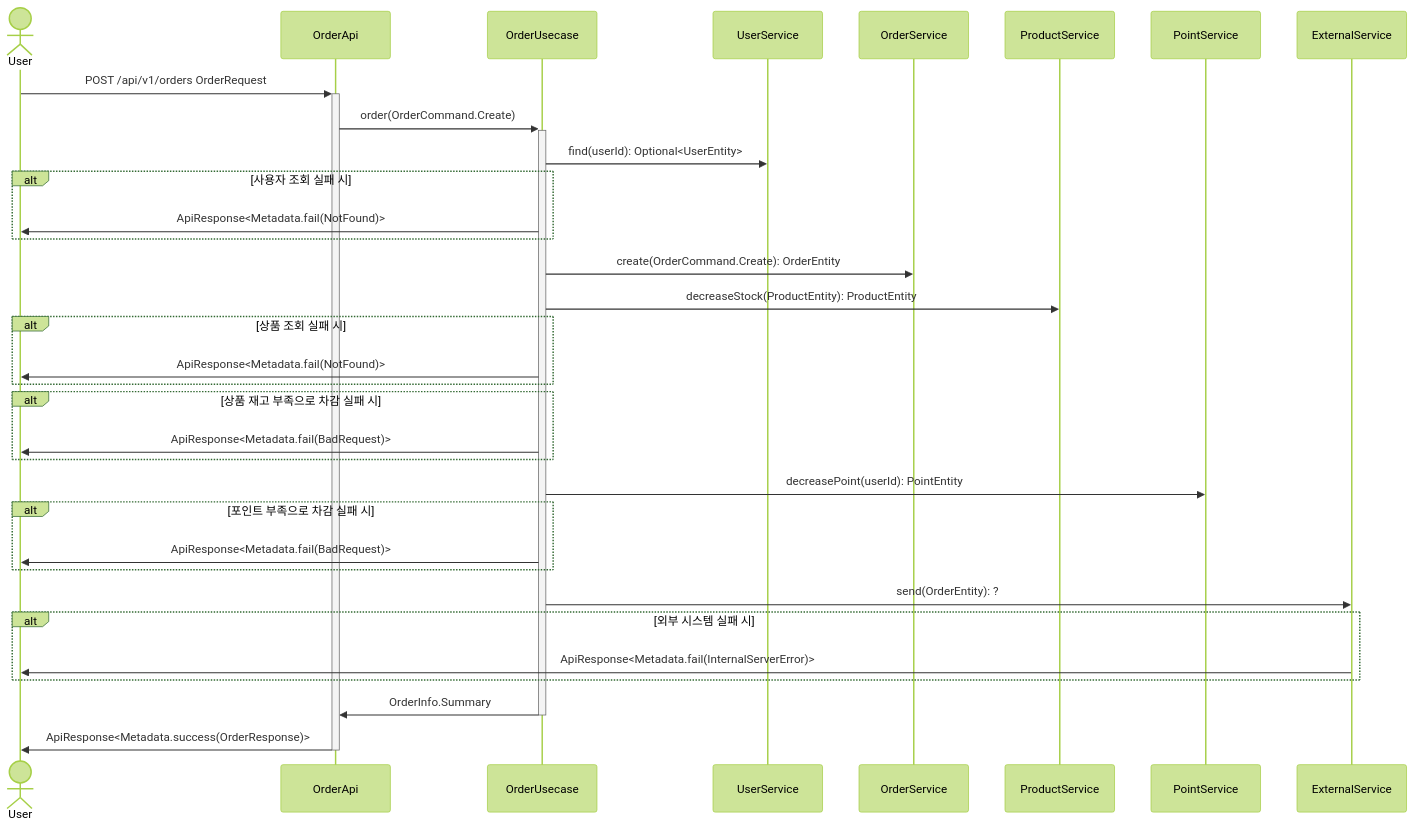
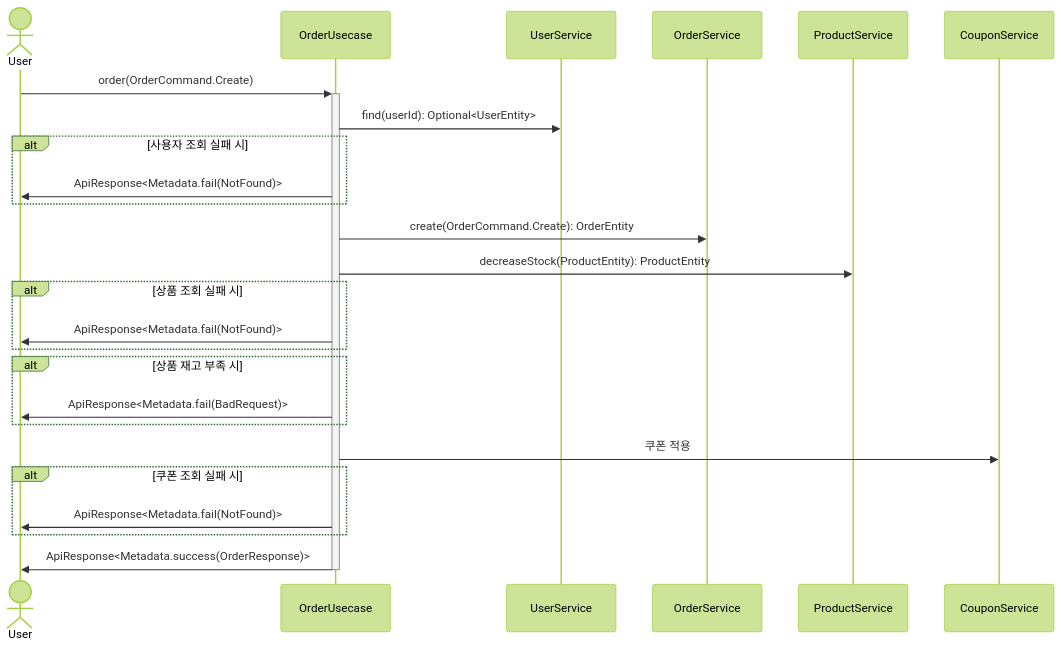
The seventh of 10 diagrams in docs/design/02-sequence-diagrams.md (Iol-lshh/loopers_be_practice_byjava), drawn with Mermaid (forest theme) before and after one commit. The commit also changed other lines of this file and 70 other files, not shown here.

````diff
--- a/docs/design/02-sequence-diagrams.md
+++ b/docs/design/02-sequence-diagrams.md
@@ -139,28 +126,22 @@
 ```mermaid
 sequenceDiagram
     actor User
-    User->>+OrderApi: POST /api/v1/orders OrderRequest
-    OrderApi->>+OrderUsecase: order(OrderCommand.Create)
+    User->>+OrderUsecase: order(OrderCommand.Create)
     OrderUsecase->>UserService: find(userId): Optional<UserEntity>
     alt 사용자 조회 실패 시
         OrderUsecase->>User: ApiResponse<Metadata.fail(NotFound)>
     end
     OrderUsecase->>OrderService: create(OrderCommand.Create): OrderEntity
     OrderUsecase->>ProductService: decreaseStock(ProductEntity): ProductEntity
     alt 상품 조회 실패 시
         OrderUsecase->>User: ApiResponse<Metadata.fail(NotFound)>
     end
-    alt 상품 재고 부족으로 차감 실패 시
+    alt 상품 재고 부족 시
         OrderUsecase->>User: ApiResponse<Metadata.fail(BadRequest)>
     end
-    OrderUsecase->>PointService: decreasePoint(userId): PointEntity
-    alt 포인트 부족으로 차감 실패 시
-        OrderUsecase->>User: ApiResponse<Metadata.fail(BadRequest)>
+    OrderUsecase->>CouponService: 쿠폰 적용
+    alt 쿠폰 조회 실패 시
+        OrderUsecase->>User: ApiResponse<Metadata.fail(NotFound)>
     end
-    OrderUsecase->>ExternalService: send(OrderEntity): ?
-    alt 외부 시스템 실패 시
-        ExternalService->>User: ApiResponse<Metadata.fail(InternalServerError)>
-    end
-    OrderUsecase->>-OrderApi: OrderInfo.Summary
-    OrderApi->>-User: ApiResponse<Metadata.success(OrderResponse)>
+    OrderUsecase->>-User: ApiResponse<Metadata.success(OrderResponse)>
 ```
````
